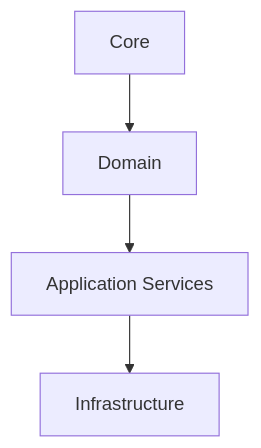
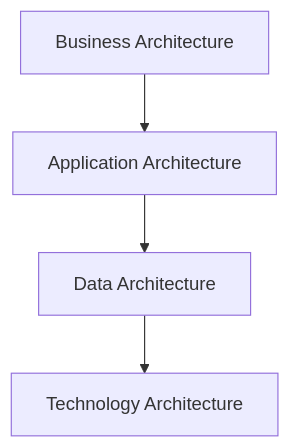
Diagram 14 of 15 in README.md (nogeniuss/arquiteturas-de-software), drawn with Mermaid before and after one commit. The commit also changed other lines of this file, not shown here.

````diff
--- a/README.md
+++ b/README.md
@@ -195,6 +122,6 @@
 ```mermaid
 graph TD
-    A[Core] --> B[Domain]
-    B --> C[Application Services]
-    C --> D[Infrastructure]
+    A[Business Architecture] --> B[Application Architecture]
+    B --> C[Data Architecture]
+    C --> D[Technology Architecture]
 ```
````
